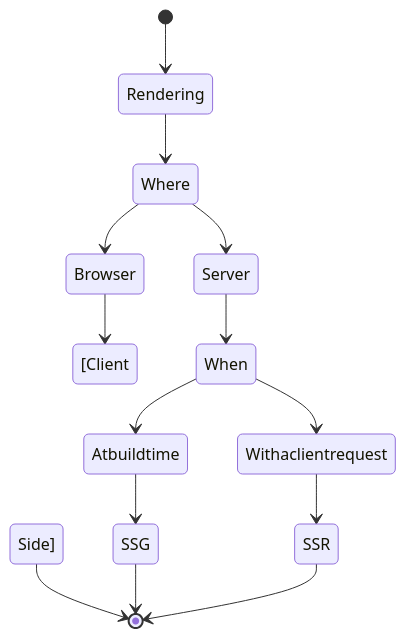
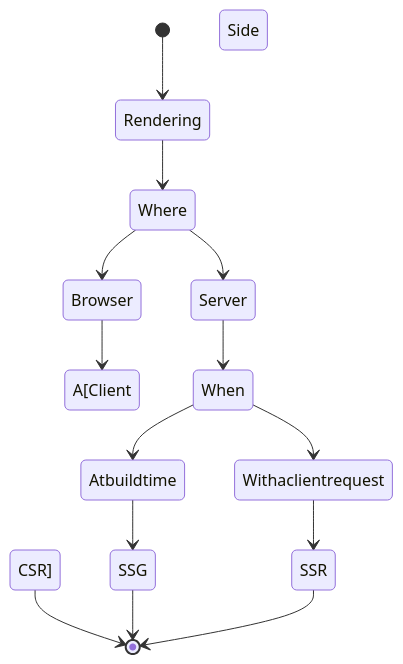
One commit to gsoulie/Mobile-App-Development changed the third of 3 diagrams in Mobile App Resources and tools.md. Above: the diagram before and after it, drawn with Mermaid.

Commit message:
Update Mobile App Resources and tools.md

`````diff
--- a/Mobile App Resources and tools.md
+++ b/Mobile App Resources and tools.md
@@ -49,17 +49,17 @@
 ````mermaid
 stateDiagram-v2
 [*] --> Rendering
 
 Rendering --> Where
 Where --> Browser
-Browser --> [Client Side]
-[Client Side] --> [*]
+Browser --> A[Client Side Rendering CSR]
+A[Client Side Rendering CSR] --> [*]
 Where --> Server
 Server --> When
 When --> Atbuildtime
 Atbuildtime --> SSG
 SSG --> [*]
 When --> Withaclientrequest
 Withaclientrequest --> SSR
 SSR --> [*]
 ````
`````
